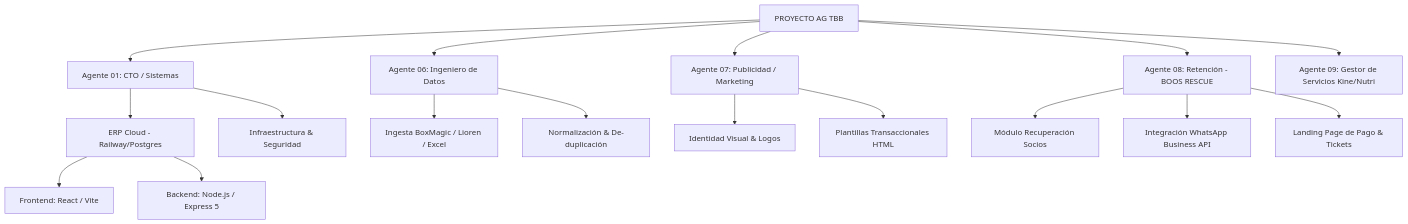
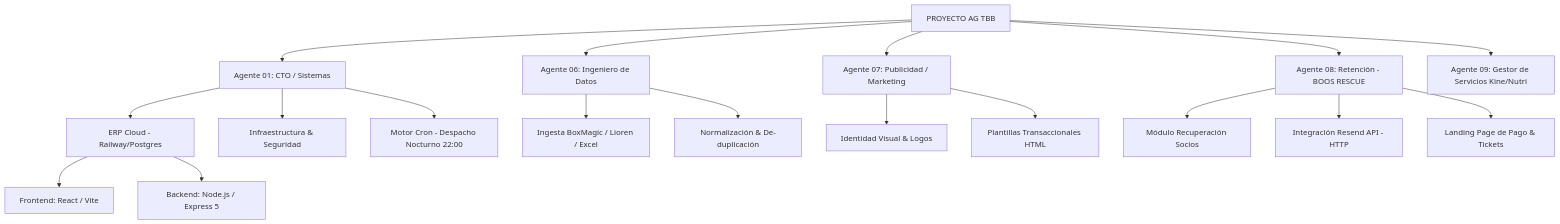
The diagram in ESTRUCTURA_PROYECTO_AG_TBB.md (imagenimpresa360-a11y/TechBoos), drawn with Mermaid before and after one commit. The commit also changed other lines of this file, not shown here.

Commit message:
docs: actualizar estructura del proyecto con Motor Cron y Resend API

````diff
--- a/ESTRUCTURA_PROYECTO_AG_TBB.md
+++ b/ESTRUCTURA_PROYECTO_AG_TBB.md
@@ -10,24 +10,25 @@
 ```mermaid
 graph TD
     ROOT[PROYECTO AG TBB] --> AG01[Agente 01: CTO / Sistemas]
     ROOT --> AG06[Agente 06: Ingeniero de Datos]
     ROOT --> AG07[Agente 07: Publicidad / Marketing]
     ROOT --> AG08[Agente 08: Retención - BOOS RESCUE]
     ROOT --> AG09[Agente 09: Gestor de Servicios Kine/Nutri]
     
     AG01 --> ERP[ERP Cloud - Railway/Postgres]
     AG01 --> INFRA[Infraestructura & Seguridad]
+    AG01 --> CRON[Motor Cron - Despacho Nocturno 22:00]
     
     AG06 --> INGESTA[Ingesta BoxMagic / Lioren / Excel]
     AG06 --> LIMPIEZA[Normalización & De-duplicación]
     
     AG07 --> BRANDING[Identidad Visual & Logos]
     AG07 --> MAILS[Plantillas Transaccionales HTML]
     
     AG08 --> RESCUE[Módulo Recuperación Socios]
-    AG08 --> WHATSAPP[Integración WhatsApp Business API]
+    AG08 --> RESEND[Integración Resend API - HTTP]
     AG08 --> LANDING[Landing Page de Pago & Tickets]
     
     ERP --> FRONT[Frontend: React / Vite]
     ERP --> BACK[Backend: Node.js / Express 5]
 ```
````
